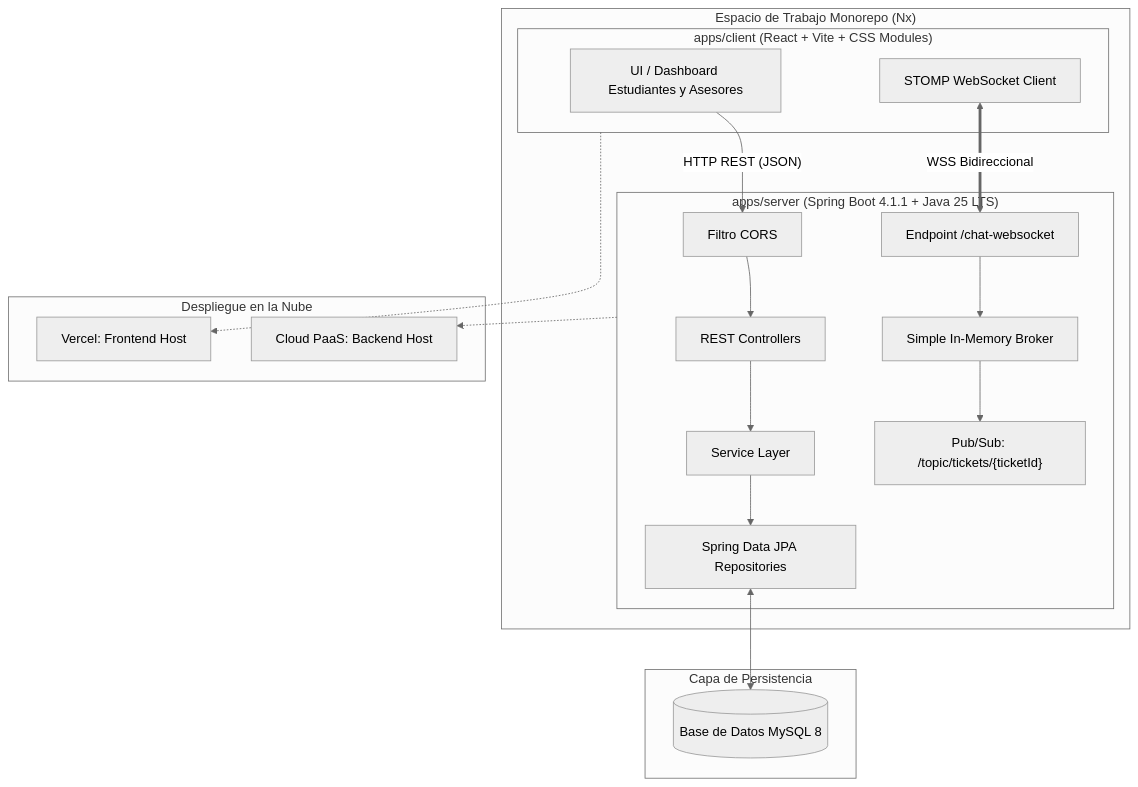
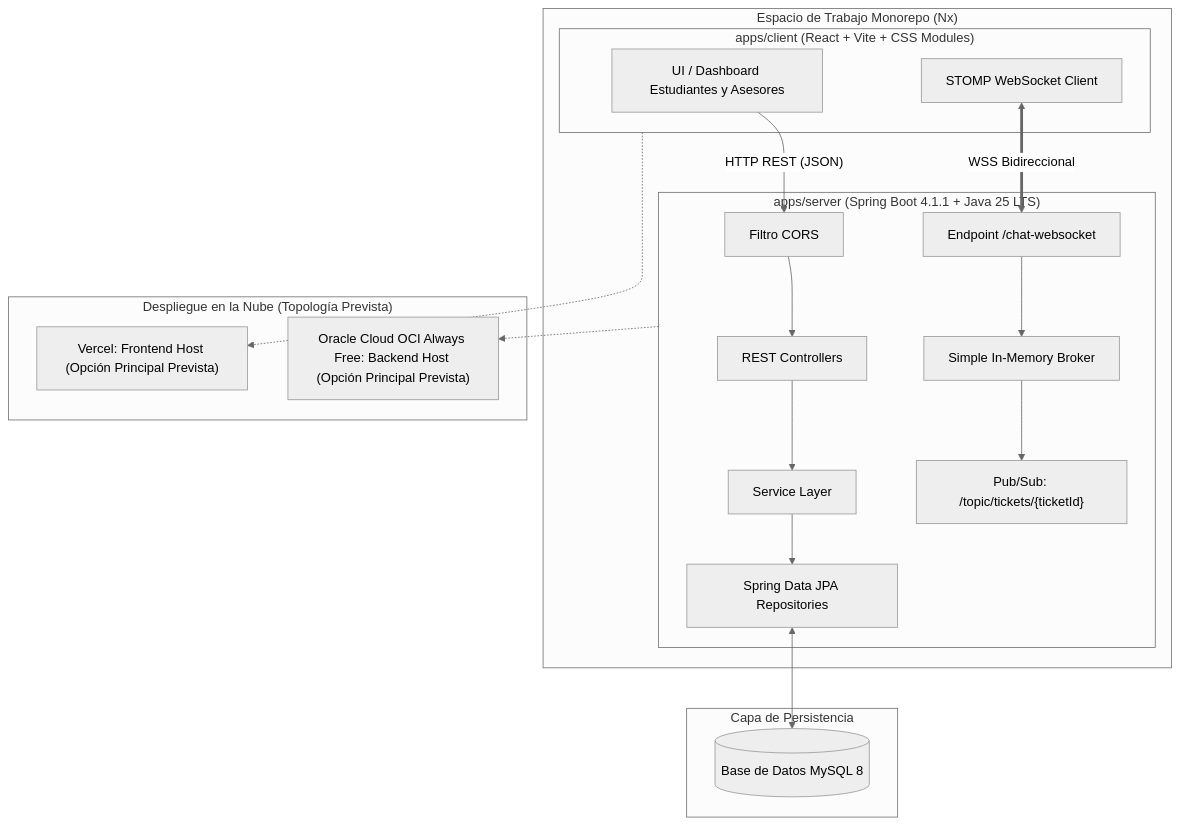
The diagram in README.md (CrhistianNinalaya/chat-asistencia-estudiante), drawn with Mermaid (neutral theme) before and after one commit. The commit also changed other lines of this file and 18 other files, not shown here.

````diff
--- a/README.md
+++ b/README.md
@@ -32,35 +32,35 @@
 ```mermaid
 flowchart TD
     subgraph NxMonorepo["Espacio de Trabajo Monorepo (Nx)"]
         subgraph ClientApp["apps/client (React + Vite + CSS Modules)"]
             UI[UI / Dashboard Estudiantes y Asesores]
             WSClient[STOMP WebSocket Client]
         end
 
         subgraph ServerApp["apps/server (Spring Boot 4.1.1 + Java 25 LTS)"]
             CORS[Filtro CORS] --> REST[REST Controllers]
             REST --> Service[Service Layer]
             
             WS[Endpoint /chat-websocket] --> Broker[Simple In-Memory Broker]
             Broker --> PubSub["Pub/Sub: /topic/tickets/{ticketId}"]
 
             Service --> Repos[Spring Data JPA Repositories]
         end
     end
 
     subgraph DataStore["Capa de Persistencia"]
         MySQL[(Base de Datos MySQL 8)]
     end
 
-    subgraph CloudHosting["Despliegue en la Nube"]
-        VercelCloud[Vercel: Frontend Host]
-        BackendCloud[Cloud PaaS: Backend Host]
+    subgraph CloudHosting["Despliegue en la Nube (Topología Prevista)"]
+        VercelCloud["Vercel: Frontend Host (Opción Principal Prevista)"]
+        BackendCloud["Oracle Cloud OCI Always Free: Backend Host (Opción Principal Prevista)"]
     end
 
     UI -- "HTTP REST (JSON)" --> CORS
     WSClient <== "WSS Bidireccional" ==> WS
     Repos <--> MySQL
 
     ClientApp -.-> VercelCloud
     ServerApp -.-> BackendCloud
 ```
````
